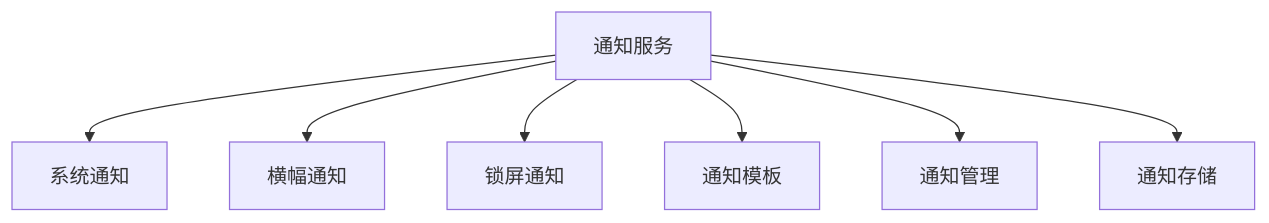
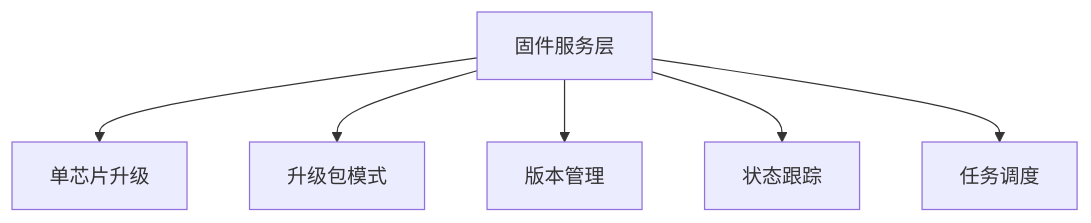
The ninth of 12 diagrams in .qoder/repowiki/zh/content/移动端应用/移动端应用.md (mcmrzy/cs_inv_monitor-develop), drawn with Mermaid before and after one commit. The commit also changed other lines of this file and 88 other files, not shown here.

````diff
--- a/.qoder/repowiki/zh/content/移动端应用/移动端应用.md
+++ b/.qoder/repowiki/zh/content/移动端应用/移动端应用.md
@@ -326,16 +367,14 @@
 ```mermaid
 graph TB
-NOTIFICATION_SERVICE["通知服务"]
-SYSTEM_NOTI["系统通知"]
-BANNER_NOTI["横幅通知"]
-LOCKSCREEN_NOTI["锁屏通知"]
-NOTIFICATION_TEMPLATES["通知模板"]
-NOTIFICATION_MANAGER["通知管理"]
-NOTIFICATION_STORAGE["通知存储"]
-NOTIFICATION_SERVICE --> SYSTEM_NOTI
-NOTIFICATION_SERVICE --> BANNER_NOTI
-NOTIFICATION_SERVICE --> LOCKSCREEN_NOTI
-NOTIFICATION_SERVICE --> NOTIFICATION_TEMPLATES
-NOTIFICATION_SERVICE --> NOTIFICATION_MANAGER
-NOTIFICATION_SERVICE --> NOTIFICATION_STORAGE
+FIRMWARE_SERVICE["固件服务层"]
+SINGLE_CHIP["单芯片升级"]
+PACKAGE_MODE["升级包模式"]
+VERSION_MANAGEMENT["版本管理"]
+STATUS_TRACKING["状态跟踪"]
+TASK_SCHEDULING["任务调度"]
+FIRMWARE_SERVICE --> SINGLE_CHIP
+FIRMWARE_SERVICE --> PACKAGE_MODE
+FIRMWARE_SERVICE --> VERSION_MANAGEMENT
+FIRMWARE_SERVICE --> STATUS_TRACKING
+FIRMWARE_SERVICE --> TASK_SCHEDULING
 ```
````
